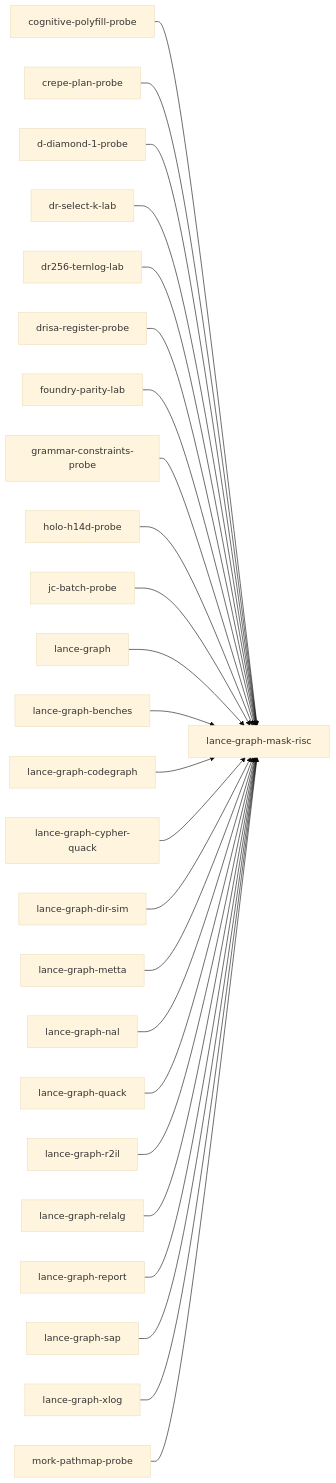
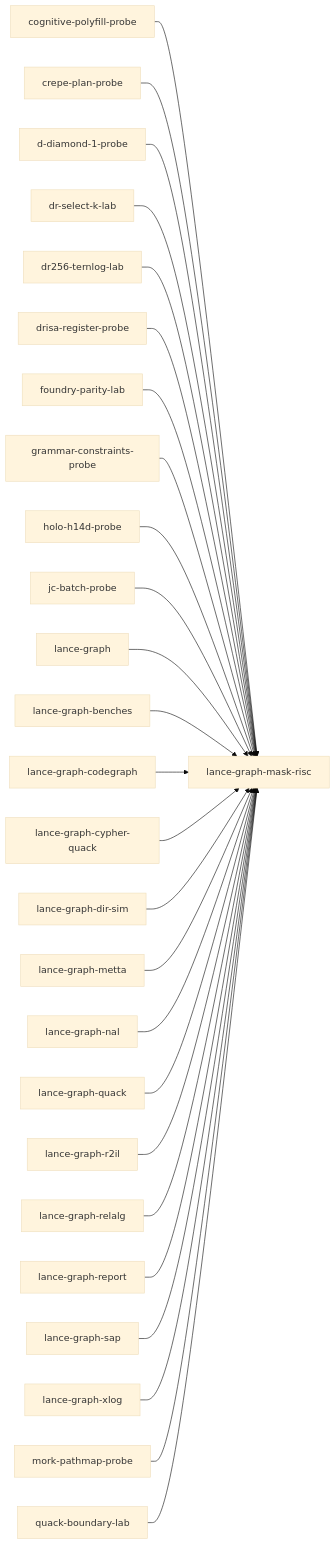
Before and after one commit to AdaWorldAPI/lance-graph: the diagram in .codegraph/crates/lance-graph-mask-risc.index.md, drawn with Mermaid (base theme). The commit also changed other lines of this file and 51 other files, not shown here.

First line of the commit message:
docs(quack-boundary-lab): plan, board entry, status row, indexes

````diff
--- a/.codegraph/crates/lance-graph-mask-risc.index.md
+++ b/.codegraph/crates/lance-graph-mask-risc.index.md
@@ -186,52 +187,54 @@
 ```mermaid
 flowchart LR
   n6["cognitive-polyfill-probe"]
   n9["crepe-plan-probe"]
   n10["d-diamond-1-probe"]
   n14["dr-select-k-lab"]
   n15["dr256-ternlog-lab"]
   n17["drisa-register-probe"]
   n23["foundry-parity-lab"]
   n25["grammar-constraints-probe"]
   n28["holo-h14d-probe"]
   n32["jc-batch-probe"]
   n33["lance-graph"]
   n37["lance-graph-benches"]
   n41["lance-graph-codegraph"]
   n45["lance-graph-cypher-quack"]
   n46["lance-graph-dir-sim"]
   n52["lance-graph-mask-risc"]
   n53["lance-graph-metta"]
   n54["lance-graph-nal"]
   n62["lance-graph-quack"]
   n63["lance-graph-r2il"]
   n65["lance-graph-relalg"]
   n66["lance-graph-report"]
   n68["lance-graph-sap"]
   n71["lance-graph-xlog"]
   n73["mork-pathmap-probe"]
+  n80["quack-boundary-lab"]
   n6 --> n52
   n9 --> n52
   n10 --> n52
   n14 --> n52
   n15 --> n52
   n17 --> n52
   n23 --> n52
   n25 --> n52
   n28 --> n52
   n32 --> n52
   n33 --> n52
   n37 --> n52
   n41 --> n52
   n45 --> n52
   n46 --> n52
   n53 --> n52
   n54 --> n52
   n62 --> n52
   n63 --> n52
   n65 --> n52
   n66 --> n52
   n68 --> n52
   n71 --> n52
   n73 --> n52
+  n80 --> n52
 ```
````
